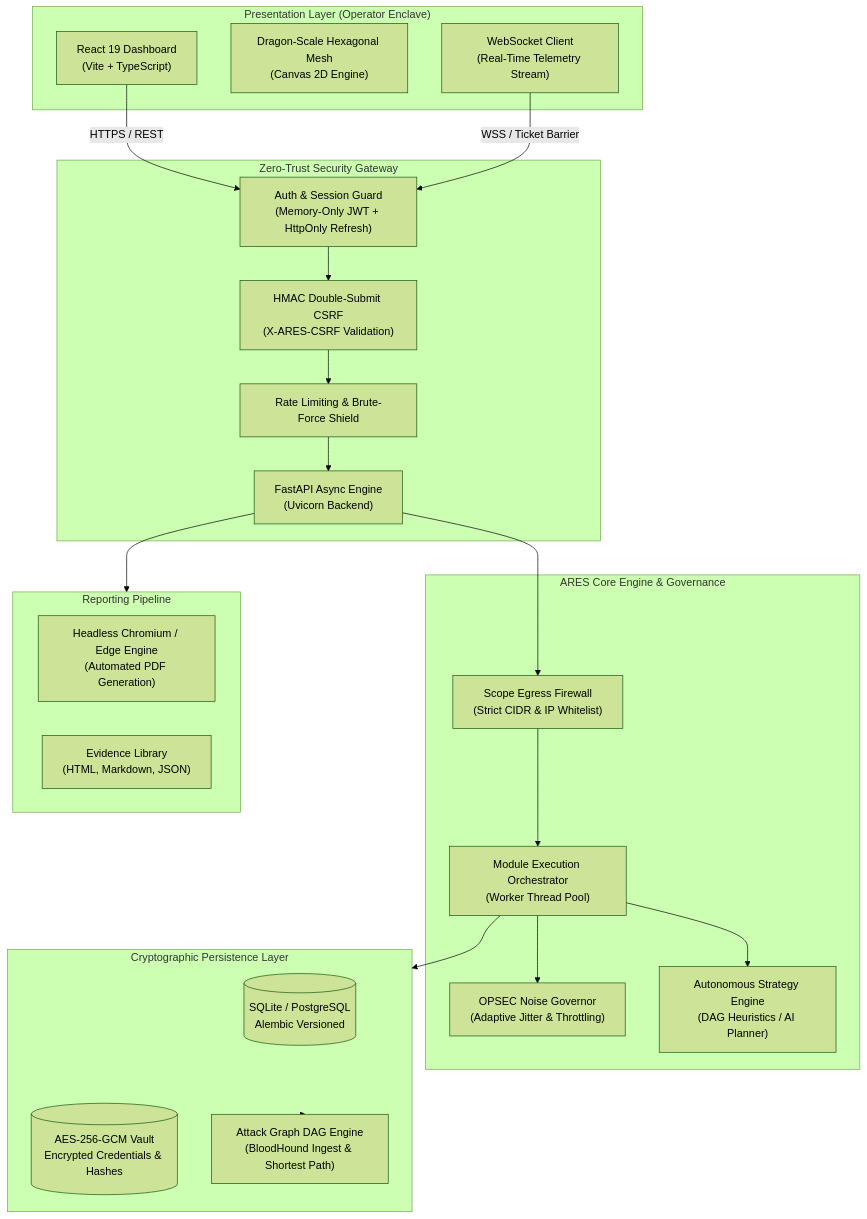
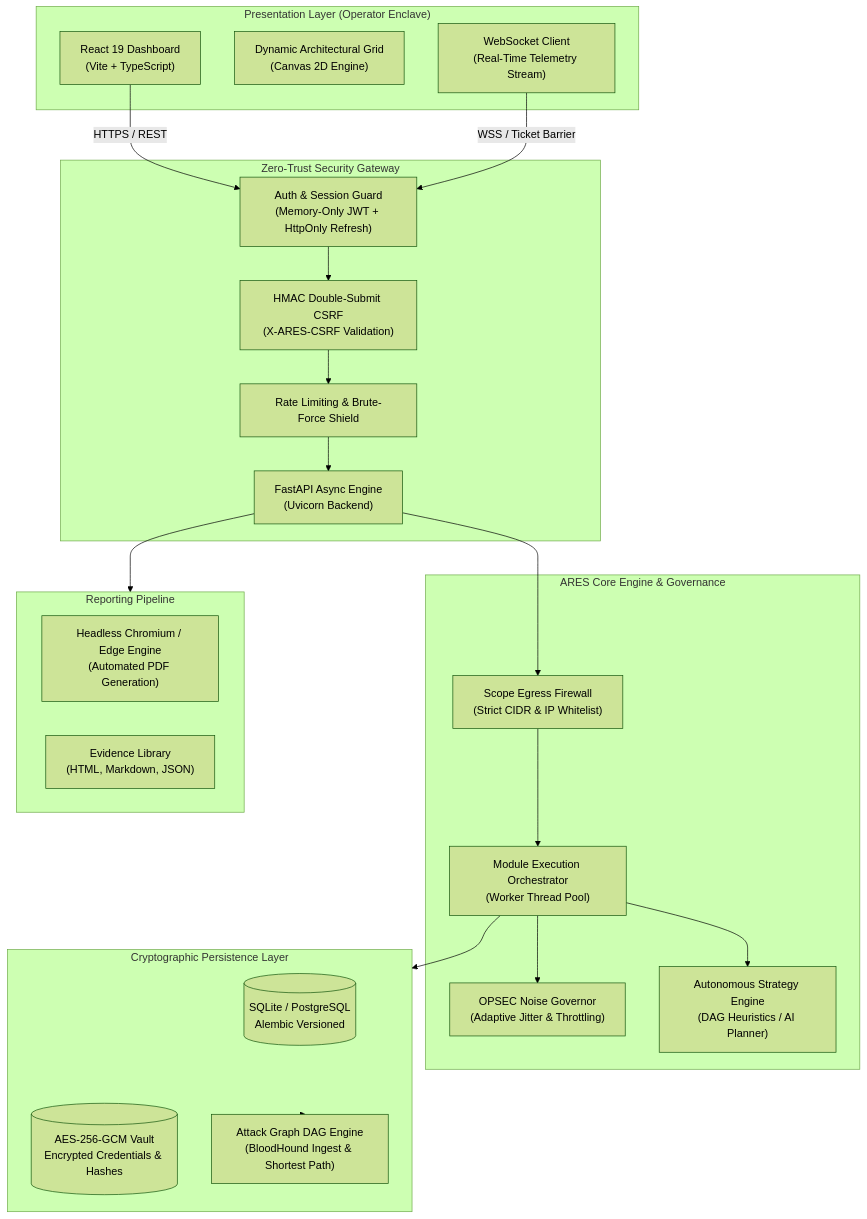
Before and after one commit to Mafifrizi/ARES: the diagram in README.md, drawn with Mermaid (forest theme). The commit also changed other lines of this file and 4 other files, not shown here.

Commit message:
feat(ui): modernize operator login surface to production-grade SaaS with dynamic canvas grid and updated documentation

````diff
--- a/README.md
+++ b/README.md
@@ -261,44 +261,44 @@
 ```mermaid
 flowchart TB
     subgraph Client["Presentation Layer (Operator Enclave)"]
         UI["React 19 Dashboard<br>(Vite + TypeScript)"]
-        Mesh["Dragon-Scale Hexagonal Mesh<br>(Canvas 2D Engine)"]
+        Mesh["Dynamic Architectural Grid<br>(Canvas 2D Engine)"]
         WSClient["WebSocket Client<br>(Real-Time Telemetry Stream)"]
     end
 
     subgraph Gateway["Zero-Trust Security Gateway"]
         FastAPI["FastAPI Async Engine<br>(Uvicorn Backend)"]
         AuthGuard["Auth & Session Guard<br>(Memory-Only JWT + HttpOnly Refresh)"]
         CSRF["HMAC Double-Submit CSRF<br>(X-ARES-CSRF Validation)"]
         RateLimit["Rate Limiting & Brute-Force Shield"]
     end
 
     subgraph Core["ARES Core Engine & Governance"]
         ScopeFirewall["Scope Egress Firewall<br>(Strict CIDR & IP Whitelist)"]
         Governor["OPSEC Noise Governor<br>(Adaptive Jitter & Throttling)"]
         Orchestrator["Module Execution Orchestrator<br>(Worker Thread Pool)"]
         AutoPlanner["Autonomous Strategy Engine<br>(DAG Heuristics / AI Planner)"]
     end
 
     subgraph Storage["Cryptographic Persistence Layer"]
         DB[(SQLite / PostgreSQL<br>Alembic Versioned)]
         Vault[(AES-256-GCM Vault<br>Encrypted Credentials & Hashes)]
         GraphEngine["Attack Graph DAG Engine<br>(BloodHound Ingest & Shortest Path)"]
     end
 
     subgraph Deliverables["Reporting Pipeline"]
         PDFGen["Headless Chromium / Edge Engine<br>(Automated PDF Generation)"]
         Artifacts["Evidence Library<br>(HTML, Markdown, JSON)"]
     end
 
     UI -->|HTTPS / REST| AuthGuard
     WSClient -->|WSS / Ticket Barrier| AuthGuard
     AuthGuard --> CSRF --> RateLimit --> FastAPI
     FastAPI --> ScopeFirewall
     ScopeFirewall --> Orchestrator
     Orchestrator --> Governor
     Orchestrator --> AutoPlanner
     Orchestrator --> Storage
     Storage --> GraphEngine
     FastAPI --> Deliverables
 ```
````
